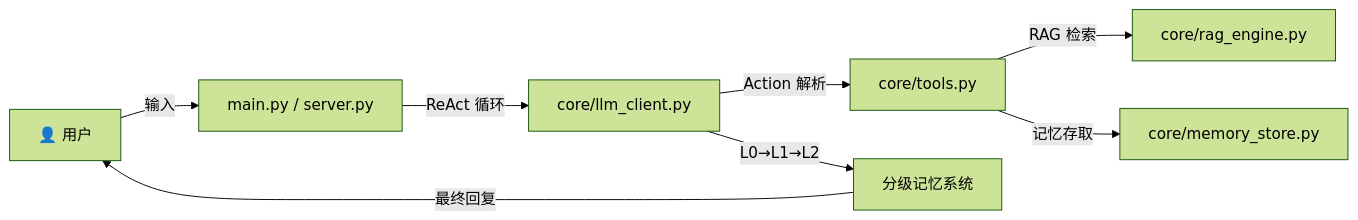
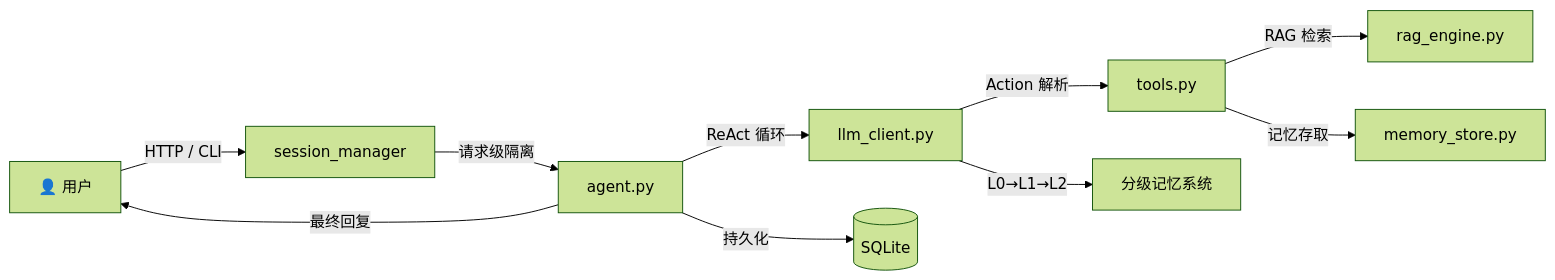
The diagram in README.md (kouserwuwu/chatbot_RAG), drawn with Mermaid (forest theme) before and after one commit. The commit also changed other lines of this file and 33 other files, not shown here.

````diff
--- a/README.md
+++ b/README.md
@@ -65,10 +78,12 @@
 ```mermaid
 graph LR
-    User[👤 用户] -->|输入| CLI[main.py / server.py]
-    CLI -->|ReAct 循环| LLM[core/llm_client.py]
-    LLM -->|Action 解析| Tools[core/tools.py]
-    Tools -->|RAG 检索| RAG[core/rag_engine.py]
-    Tools -->|记忆存取| Mem[core/memory_store.py]
+    User[👤 用户] -->|HTTP / CLI| Entry[session_manager]
+    Entry -->|请求级隔离| Agent[agent.py]
+    Agent -->|ReAct 循环| LLM[llm_client.py]
+    LLM -->|Action 解析| Tools[tools.py]
+    Tools -->|RAG 检索| RAG[rag_engine.py]
+    Tools -->|记忆存取| Mem[memory_store.py]
     LLM -->|L0→L1→L2| MemSystem[分级记忆系统]
-    MemSystem -->|最终回复| User
+    Agent -->|持久化| DB[(SQLite)]
+    Agent -->|最终回复| User
 ```
````
